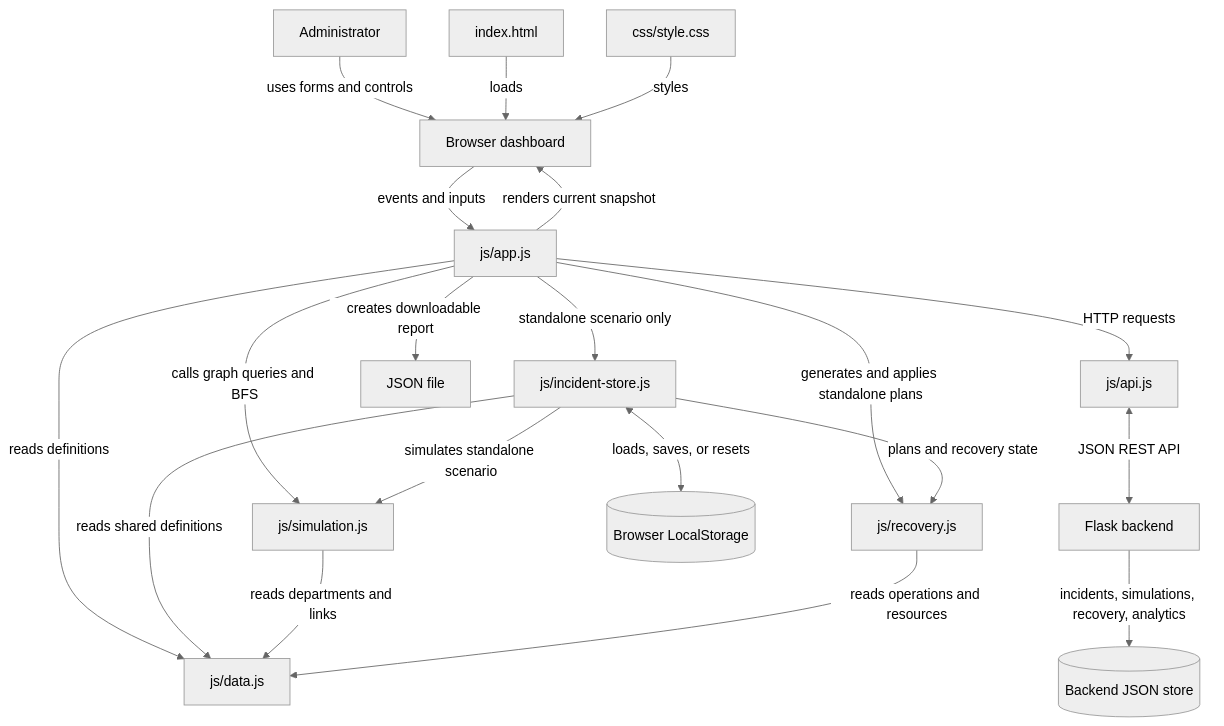
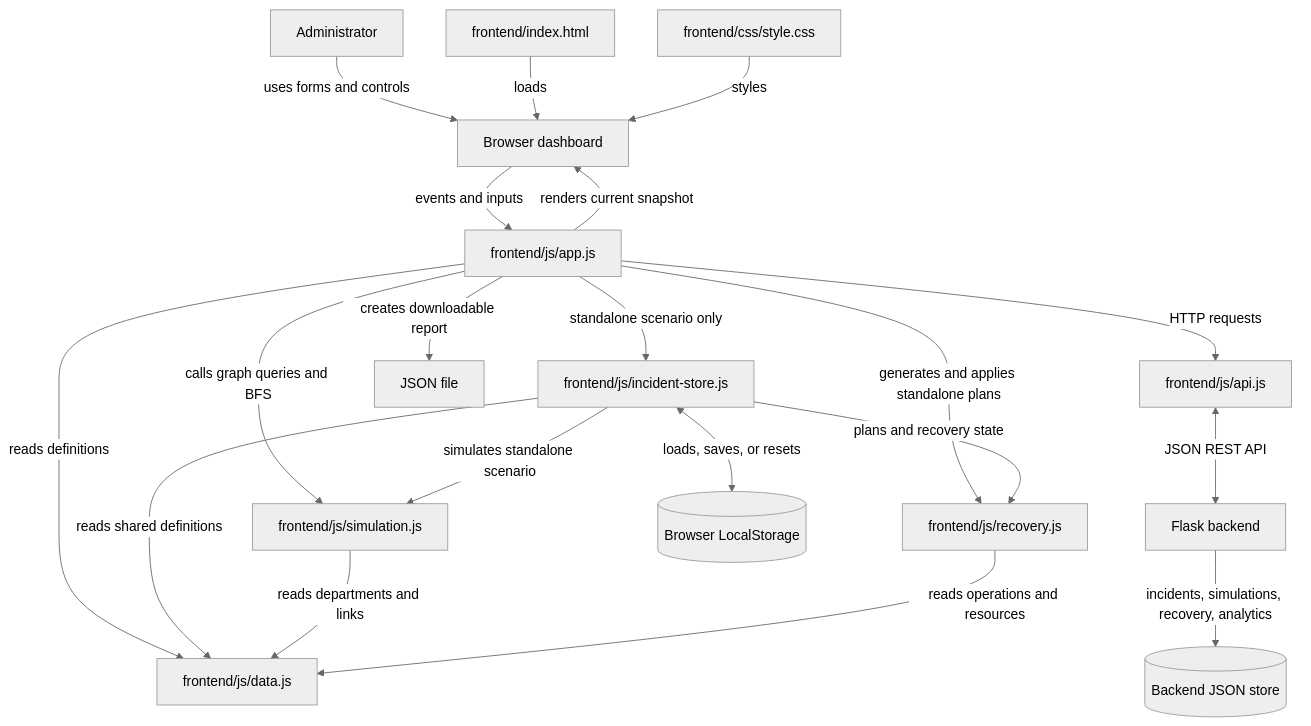
Before and after one commit to Jack-of-all-master-of-none-but/OMNIS-X: the diagram in README.md, drawn with Mermaid (neutral theme). The commit also changed other lines of this file and 9 other files, not shown here.

````diff
--- a/README.md
+++ b/README.md
@@ -161,22 +163,22 @@
 ```mermaid
 flowchart TD
     Person[Administrator] -->|uses forms and controls| UI[Browser dashboard]
-    HTML[index.html] -->|loads| UI
-    CSS[css/style.css] -->|styles| UI
-    UI -->|events and inputs| APP[js/app.js]
-    APP -->|reads definitions| DATA[js/data.js]
-    APP -->|calls graph queries and BFS| SIM[js/simulation.js]
-    APP -->|generates and applies standalone plans| REC[js/recovery.js]
-    APP -->|HTTP requests| API[js/api.js]
+    HTML[frontend/index.html] -->|loads| UI
+    CSS[frontend/css/style.css] -->|styles| UI
+    UI -->|events and inputs| APP[frontend/js/app.js]
+    APP -->|reads definitions| DATA[frontend/js/data.js]
+    APP -->|calls graph queries and BFS| SIM[frontend/js/simulation.js]
+    APP -->|generates and applies standalone plans| REC[frontend/js/recovery.js]
+    APP -->|HTTP requests| API[frontend/js/api.js]
     API <-->|JSON REST API| BACKEND[Flask backend]
     BACKEND -->|incidents, simulations, recovery, analytics| STORE[(Backend JSON store)]
-    APP -->|standalone scenario only| STOREJS[js/incident-store.js]
+    APP -->|standalone scenario only| STOREJS[frontend/js/incident-store.js]
     STOREJS -->|reads shared definitions| DATA
     STOREJS -->|simulates standalone scenario| SIM
     STOREJS -->|plans and recovery state| REC
     SIM -->|reads departments and links| DATA
     REC -->|reads operations and resources| DATA
     STOREJS <-->|loads, saves, or resets| LS[(Browser LocalStorage)]
     APP -->|renders current snapshot| UI
     APP -->|creates downloadable report| JSON[JSON file]
 ```
````
